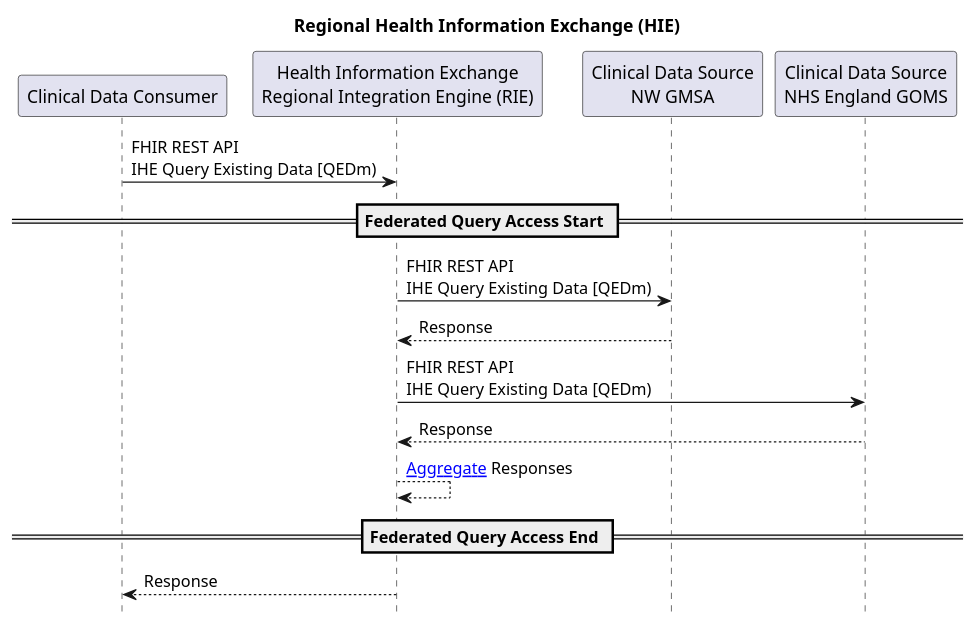
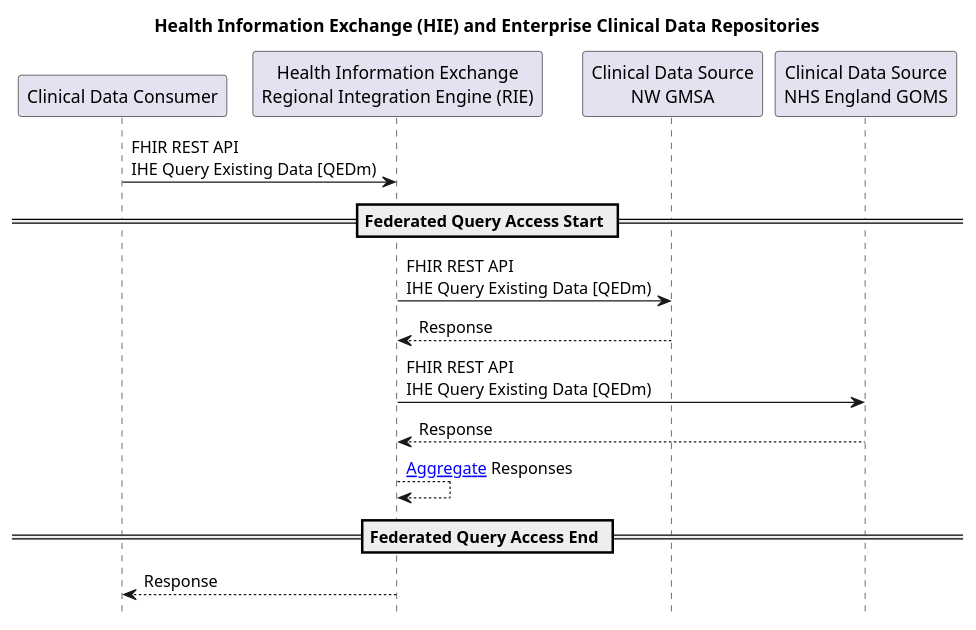
One commit to nw-gmsa/nw-gmsa.github.com changed the diagram in input/images-source/HIE-QEDm-Federated-Sequence.plantuml. Above: the diagram before and after it, drawn with PlantUML. The commit also changed 4 other files, not shown here.

```diff
--- a/input/images-source/HIE-QEDm-Federated-Sequence.plantuml
+++ b/input/images-source/HIE-QEDm-Federated-Sequence.plantuml
@@ -1,31 +1,31 @@
   @startuml
 
 
-  title "Regional Health Information Exchange (HIE)"
+  title "Health Information Exchange (HIE) and Enterprise Clinical Data Repositories"
 
   hide footbox
 
   participant "Clinical Data Consumer" as DocumentConsumer
 
   participant "Health Information Exchange\nRegional Integration Engine (RIE)" as RIE
 
   participant "Clinical Data Source\nNW GMSA" as CDR1
 
   participant "Clinical Data Source\nNHS England GOMS" as CDR2
 
   DocumentConsumer -> RIE : FHIR REST API\nIHE Query Existing Data [QEDm)
 
 == Federated Query Access Start ==
 
   RIE -> CDR1 : FHIR REST API\nIHE Query Existing Data [QEDm)
   CDR1 --> RIE: Response
 
   RIE -> CDR2 : FHIR REST API\nIHE Query Existing Data [QEDm)
   CDR2 --> RIE: Response
 
   RIE --> RIE: [[https://www.enterpriseintegrationpatterns.com/patterns/messaging/Aggregator.html Aggregate]] Responses
 == Federated Query Access End ==
 
   RIE --> DocumentConsumer: Response
 
   @enduml
```
